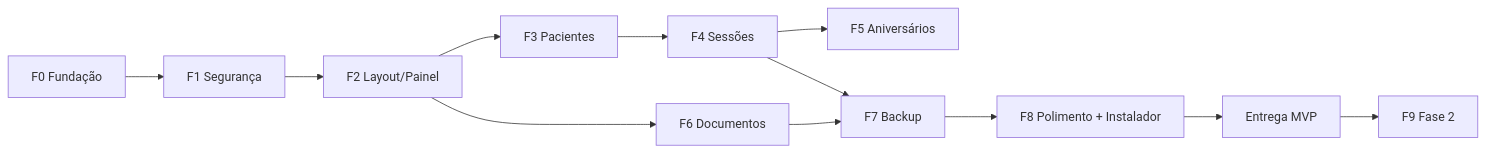
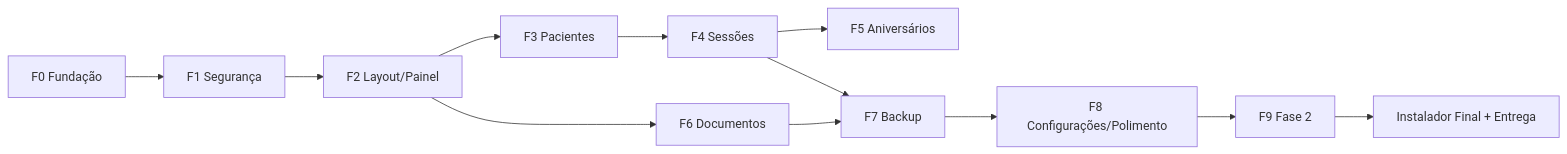
One commit to AndreFelipe265/LotusPsi changed the diagram in Planejamento/03_ROADMAP.md. Above: the diagram before and after it, drawn with Mermaid. The commit also changed other lines of this file and 116 other files, not shown here.

````diff
--- a/Planejamento/03_ROADMAP.md
+++ b/Planejamento/03_ROADMAP.md
@@ -7,9 +7,9 @@
 ```mermaid
 flowchart LR
   F0["F0 Fundação"] --> F1["F1 Segurança"] --> F2["F2 Layout/Painel"]
   F2 --> F3["F3 Pacientes"] --> F4["F4 Sessões"] --> F5["F5 Aniversários"]
   F2 --> F6["F6 Documentos"]
   F4 --> F7["F7 Backup"]
   F6 --> F7
-  F7 --> F8["F8 Polimento + Instalador"] --> E["Entrega MVP"] --> F9["F9 Fase 2"]
+  F7 --> F8["F8 Configurações/Polimento"] --> F9["F9 Fase 2"] --> E["Instalador Final + Entrega"]
 ```
````
